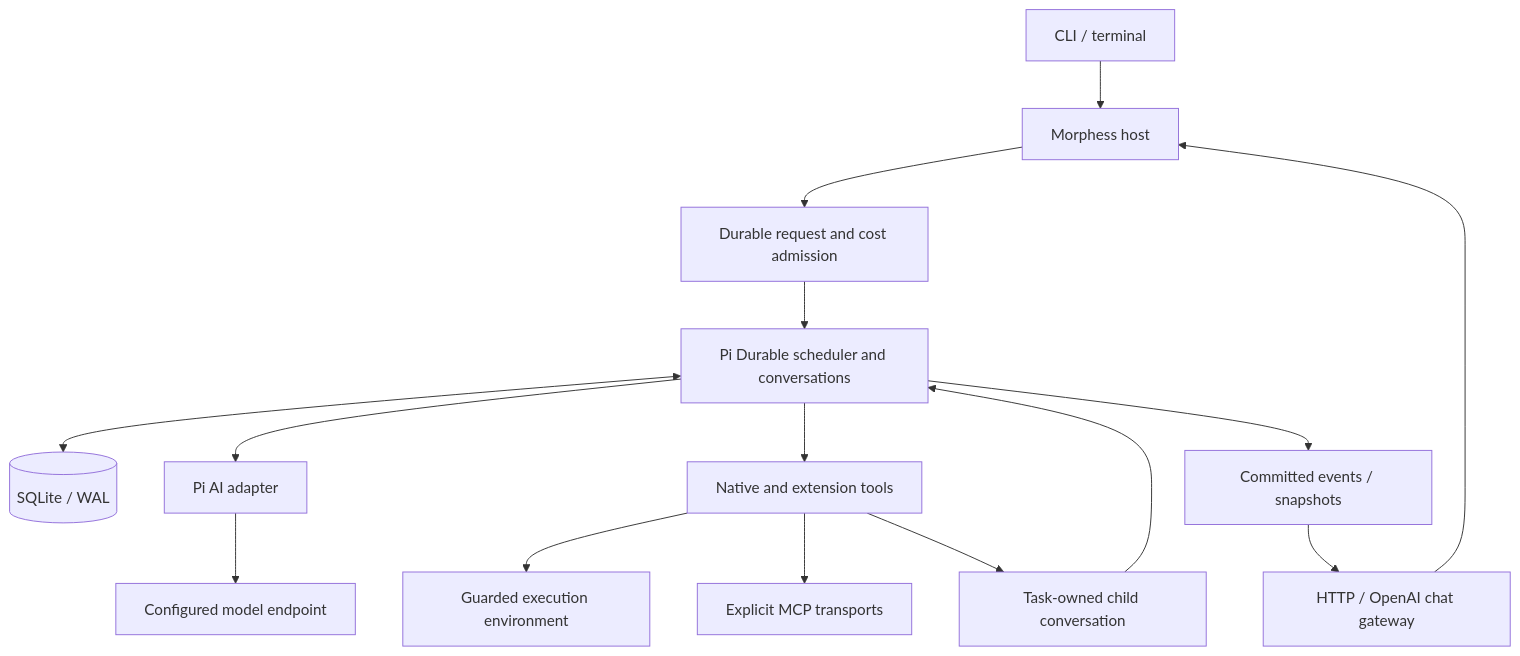
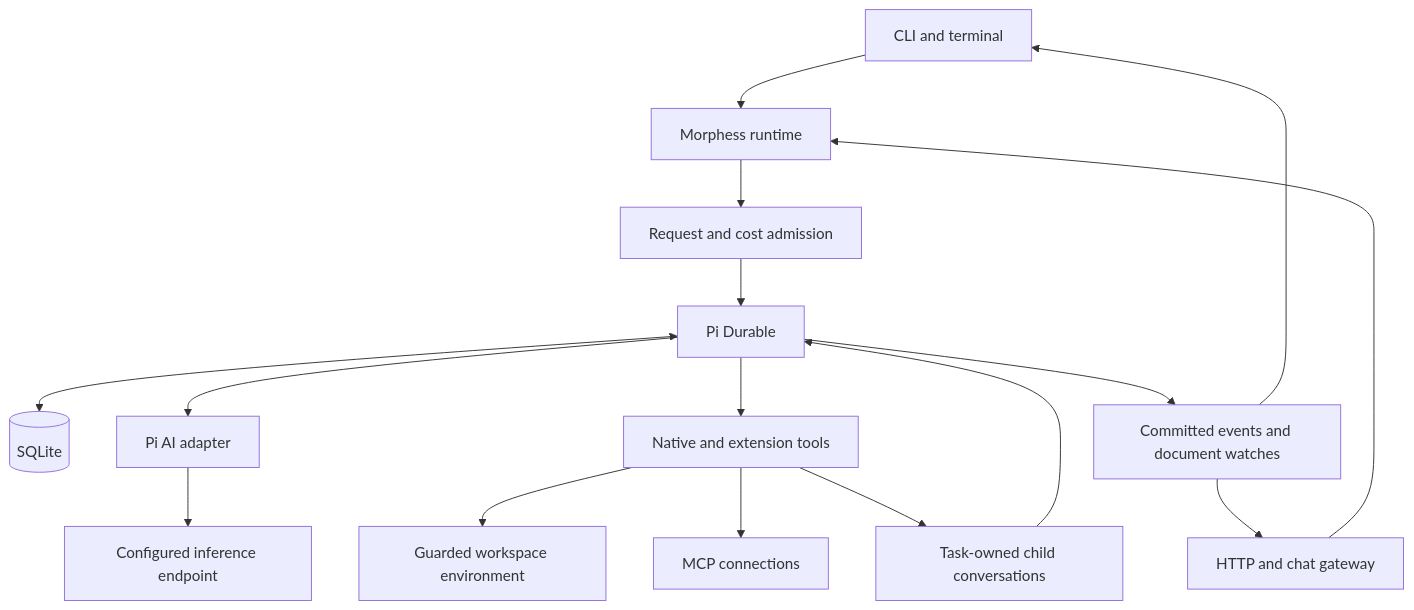
One commit to Belweave/morphess changed the diagram in docs/architecture.md. Above: the diagram before and after it, drawn with Mermaid. The commit also changed other lines of this file and 60 other files, not shown here.

Commit message:
Prepare Morphess CLI with provider setup, modern MCP, and cache controls

````diff
--- a/docs/architecture.md
+++ b/docs/architecture.md
@@ -17,17 +5,18 @@
 ```mermaid
 flowchart TD
-  CLI[CLI / terminal] --> Host[Morphess host]
-  API[HTTP / OpenAI chat gateway] --> Host
-  Host --> Admission[Durable request and cost admission]
-  Admission --> Pi[Pi Durable scheduler and conversations]
-  Pi <--> DB[(SQLite / WAL)]
-  Pi --> Model[Pi AI adapter]
-  Model --> Endpoint[Configured model endpoint]
+  CLI[CLI and terminal] --> Host[Morphess runtime]
+  HTTP[HTTP and chat gateway] --> Host
+  Host --> Admission[Request and cost admission]
+  Admission --> Pi[Pi Durable]
+  Pi <--> DB[(SQLite)]
+  Pi --> Adapter[Pi AI adapter]
+  Adapter --> Endpoint[Configured inference endpoint]
   Pi --> Tools[Native and extension tools]
-  Tools --> Env[Guarded execution environment]
-  Tools --> MCP[Explicit MCP transports]
-  Tools --> Child[Task-owned child conversation]
-  Child --> Pi
-  Pi --> Events[Committed events / snapshots]
-  Events --> API
+  Tools --> Env[Guarded workspace environment]
+  Tools --> MCP[MCP connections]
+  Tools --> Children[Task-owned child conversations]
+  Children --> Pi
+  Pi --> Events[Committed events and document watches]
+  Events --> CLI
+  Events --> HTTP
 ```
````
